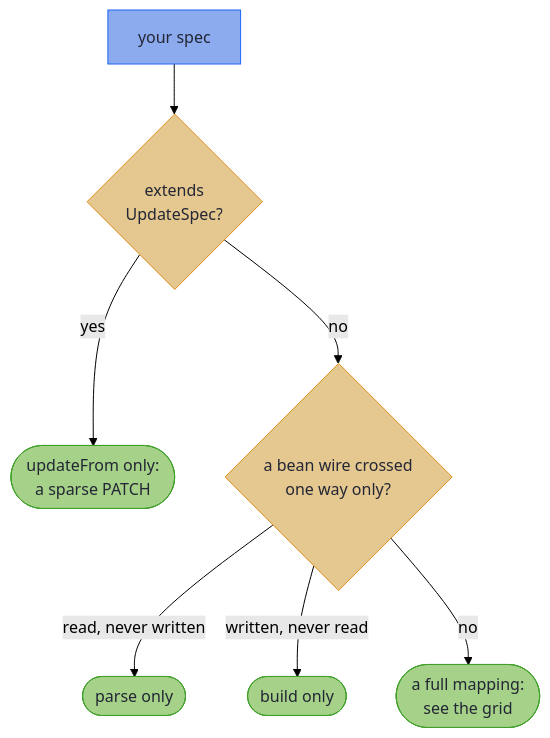
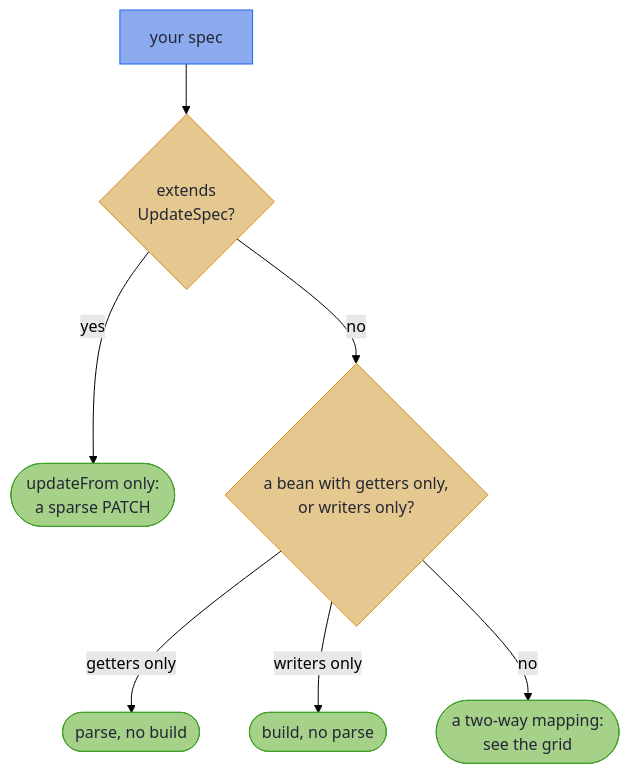
Before and after one commit to higher-kinded-j/higher-kinded-j: the diagram in hkj-book/src/mapping/tiers.md, drawn with Mermaid (forest theme). The commit also changed other lines of this file and 8 other files, not shown here.

````diff
--- a/hkj-book/src/mapping/tiers.md
+++ b/hkj-book/src/mapping/tiers.md
@@ -45,18 +44,18 @@
 ```mermaid
 flowchart TD
     accTitle: Which kind of spec
-    accDescr: A spec extending UpdateSpec gets updateFrom only. Otherwise, a bean wire that is only read gets parse only, and one that is only written gets build only. Every other spec is a full mapping, whose methods the grid decides.
+    accDescr: A spec extending UpdateSpec gets updateFrom only. Otherwise, a bean wire with getters only gets parse only, and one with writers only gets build only. Every other spec maps both ways, and the grid decides its methods.
     S["your spec"] --> U{"extends<br/>UpdateSpec?"}
     U -->|yes| UT(["updateFrom only:<br/>a sparse PATCH"])
-    U -->|no| B{"a bean wire crossed<br/>one way only?"}
-    B -->|"read, never written"| PO(["parse only"])
-    B -->|"written, never read"| BO(["build only"])
-    B -->|no| G(["a full mapping:<br/>see the grid"])
+    U -->|no| B{"a bean with getters only,<br/>or writers only?"}
+    B -->|"getters only"| PO(["parse, no build"])
+    B -->|"writers only"| BO(["build, no parse"])
+    B -->|no| G(["a two-way mapping:<br/>see the grid"])
 
     classDef wire fill:#8caaee,stroke:#1e66f5,color:#232634
     classDef tier fill:#a6d189,stroke:#40a02b,color:#232634
     classDef decision fill:#e5c890,stroke:#df8e1d,color:#232634
     class S wire
     class U,B decision
     class UT,PO,BO,G tier
 ```
````
